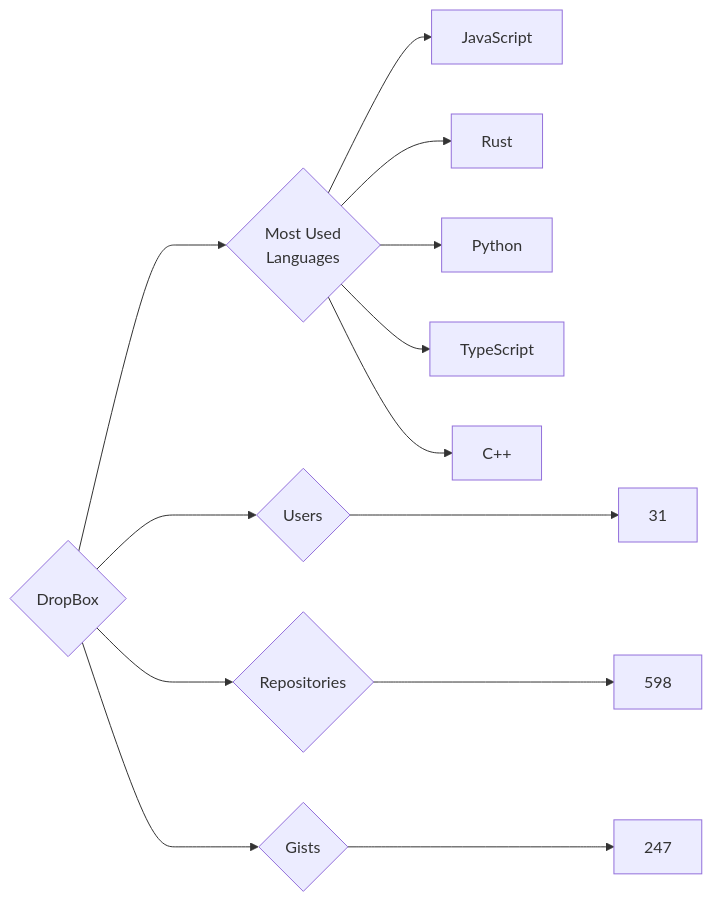
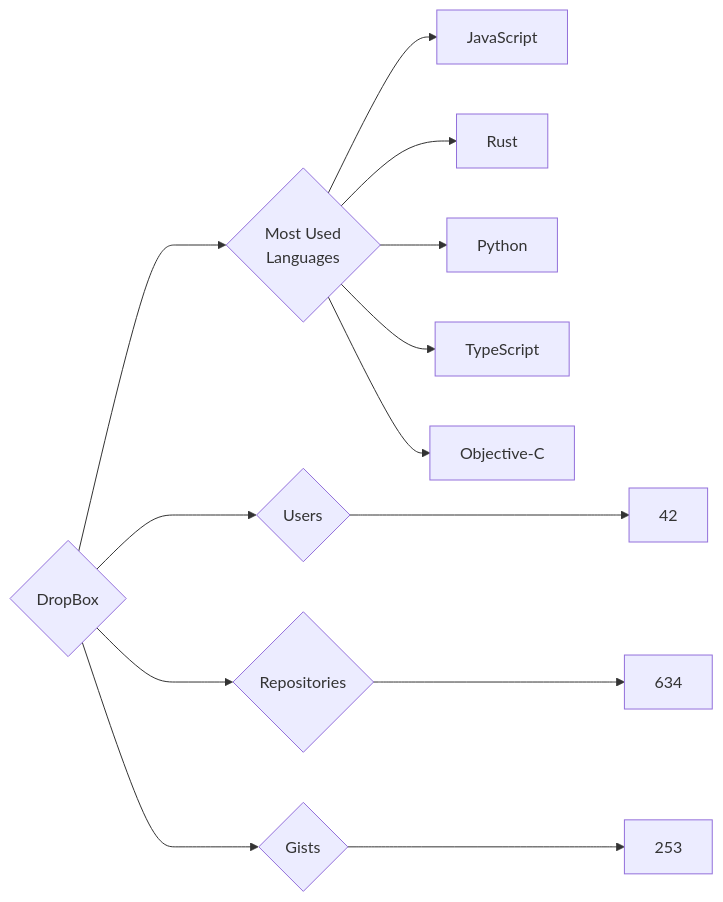
One commit to trickest/insiders changed the diagram in targets/DropBox/README.md. Above: the diagram before and after it, drawn with Mermaid. The commit also changed 861 other files, not shown here.

````diff
--- a/targets/DropBox/README.md
+++ b/targets/DropBox/README.md
@@ -3,13 +3,13 @@
 ```mermaid
 graph LR
 COMPANY_NAME{DropBox}
-COMPANY_NAME ---> U{Users} ---> UN[31]
-COMPANY_NAME ---> R{Repositories} ---> RN[598]
-COMPANY_NAME ---> G{Gists} ---> GN[247]
+COMPANY_NAME ---> U{Users} ---> UN[42]
+COMPANY_NAME ---> R{Repositories} ---> RN[634]
+COMPANY_NAME ---> G{Gists} ---> GN[253]
 COMPANY_NAME ---> ML{Most Used<br>Languages}
 ML --> JavaScript[JavaScript]
 ML --> Rust[Rust]
 ML --> Python[Python]
 ML --> TypeScript[TypeScript]
-ML --> C++[C++]
+ML --> Objective-C[Objective-C]
 ```
````
